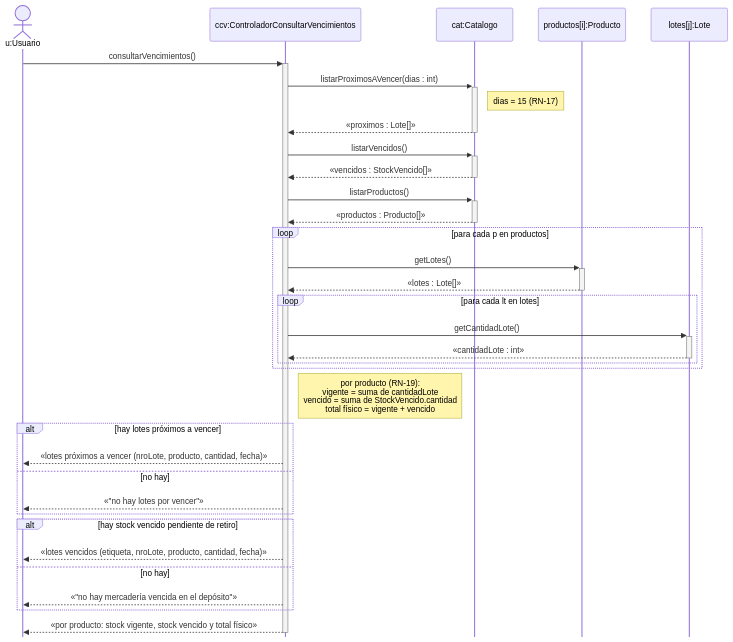
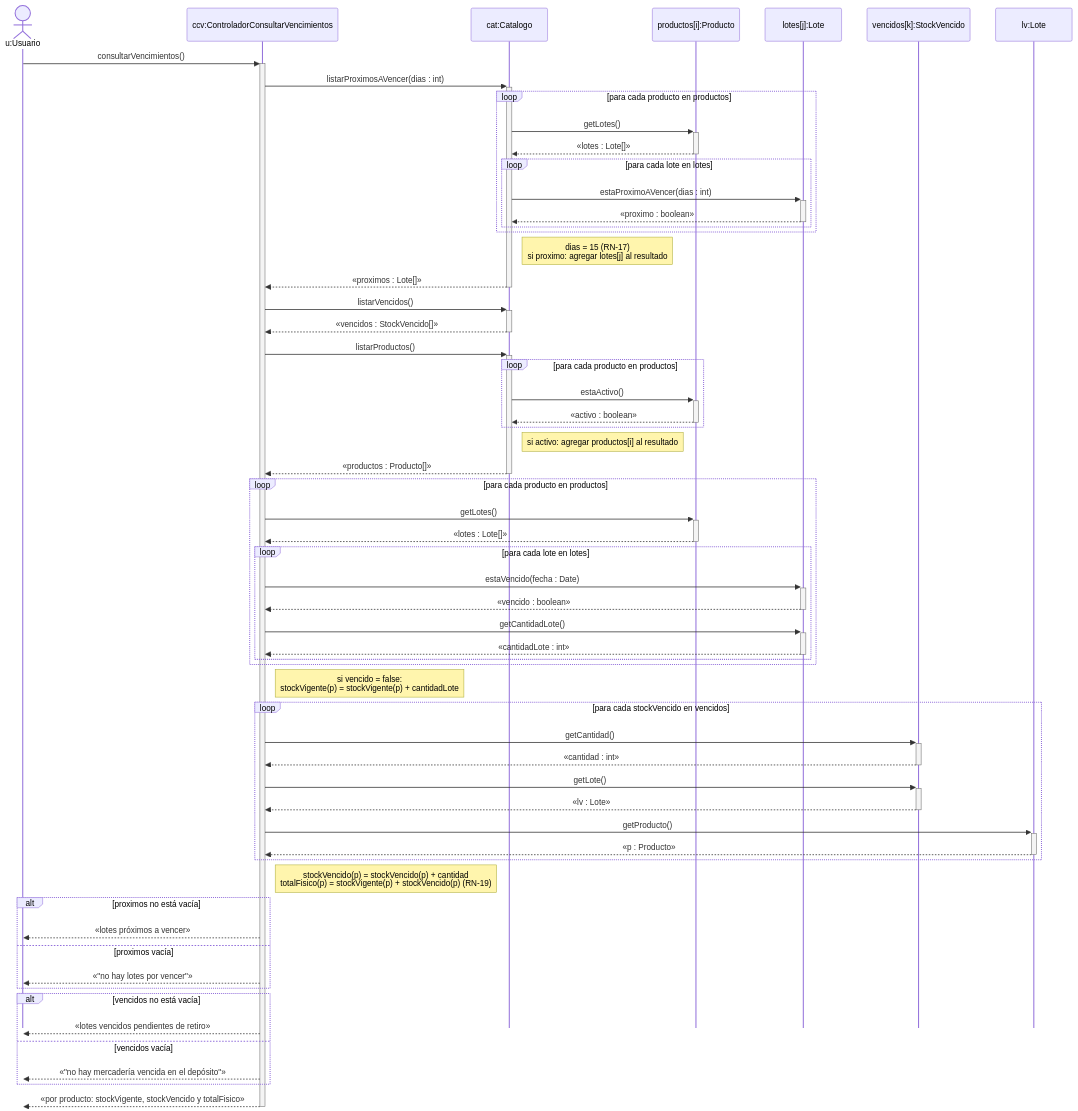
Diagram 12 of 12 in 08-Diagrama De Secuencia/Diagramas_de_Secuencia.md (cirotop/Stock-Project), drawn with Mermaid before and after one commit. The commit also changed other lines of this file, not shown here.

````diff
--- a/08-Diagrama De Secuencia/Diagramas_de_Secuencia.md
+++ b/08-Diagrama De Secuencia/Diagramas_de_Secuencia.md
@@ -423,39 +459,65 @@
 ```mermaid
 %%{init: {"sequence": {"mirrorActors": false}, "themeCSS": ".loopLine { stroke-dasharray: none !important; stroke-width: 1.5px !important; }"}}%%
 sequenceDiagram
     actor u as u:Usuario
     participant ccv as ccv:ControladorConsultarVencimientos
     participant cat as cat:Catalogo
-    participant p as productos[i]:Producto
-    participant lt as lotes[j]:Lote
+    participant pi as productos[i]:Producto
+    participant li as lotes[j]:Lote
+    participant vi as vencidos[k]:StockVencido
+    participant lv as lv:Lote
 
     u->>+ccv: consultarVencimientos()
     ccv->>+cat: listarProximosAVencer(dias : int)
-    Note right of cat: dias = 15 (RN-17)
+    loop para cada producto en productos
+        cat->>+pi: getLotes()
+        pi-->>-cat: «lotes : Lote[]»
+        loop para cada lote en lotes
+            cat->>+li: estaProximoAVencer(dias : int)
+            li-->>-cat: «proximo : boolean»
+        end
+    end
+    Note right of cat: dias = 15 (RN-17)<br/>si proximo: agregar lotes[j] al resultado
     cat-->>-ccv: «proximos : Lote[]»
     ccv->>+cat: listarVencidos()
     cat-->>-ccv: «vencidos : StockVencido[]»
     ccv->>+cat: listarProductos()
+    loop para cada producto en productos
+        cat->>+pi: estaActivo()
+        pi-->>-cat: «activo : boolean»
+    end
+    Note right of cat: si activo: agregar productos[i] al resultado
     cat-->>-ccv: «productos : Producto[]»
-    loop para cada p en productos
-        ccv->>+p: getLotes()
-        p-->>-ccv: «lotes : Lote[]»
-        loop para cada lt en lotes
-            ccv->>+lt: getCantidadLote()
-            lt-->>-ccv: «cantidadLote : int»
+    loop para cada producto en productos
+        ccv->>+pi: getLotes()
+        pi-->>-ccv: «lotes : Lote[]»
+        loop para cada lote en lotes
+            ccv->>+li: estaVencido(fecha : Date)
+            li-->>-ccv: «vencido : boolean»
+            ccv->>+li: getCantidadLote()
+            li-->>-ccv: «cantidadLote : int»
         end
     end
-    Note right of ccv: por producto (RN-19):<br/>vigente = suma de cantidadLote<br/>vencido = suma de StockVencido.cantidad<br/>total físico = vigente + vencido
-    alt hay lotes próximos a vencer
-        ccv-->>u: «lotes próximos a vencer (nroLote, producto, cantidad, fecha)»
-    else no hay
+    Note right of ccv: si vencido = false:<br/>stockVigente(p) = stockVigente(p) + cantidadLote
+    loop para cada stockVencido en vencidos
+        ccv->>+vi: getCantidad()
+        vi-->>-ccv: «cantidad : int»
+        ccv->>+vi: getLote()
+        vi-->>-ccv: «lv : Lote»
+        ccv->>+lv: getProducto()
+        lv-->>-ccv: «p : Producto»
+    end
+    Note right of ccv: stockVencido(p) = stockVencido(p) + cantidad<br/>totalFisico(p) = stockVigente(p) + stockVencido(p) (RN-19)
+    alt proximos no está vacía
+        ccv-->>u: «lotes próximos a vencer»
+    else proximos vacía
         ccv-->>u: «"no hay lotes por vencer"»
     end
-    alt hay stock vencido pendiente de retiro
-        ccv-->>u: «lotes vencidos (etiqueta, nroLote, producto, cantidad, fecha)»
-    else no hay
+    alt vencidos no está vacía
+        ccv-->>u: «lotes vencidos pendientes de retiro»
+    else vencidos vacía
         ccv-->>u: «"no hay mercadería vencida en el depósito"»
     end
-    ccv-->>u: «por producto: stock vigente, stock vencido y total físico»
+    ccv-->>u: «por producto: stockVigente, stockVencido y totalFisico»
     deactivate ccv
 ```
````
